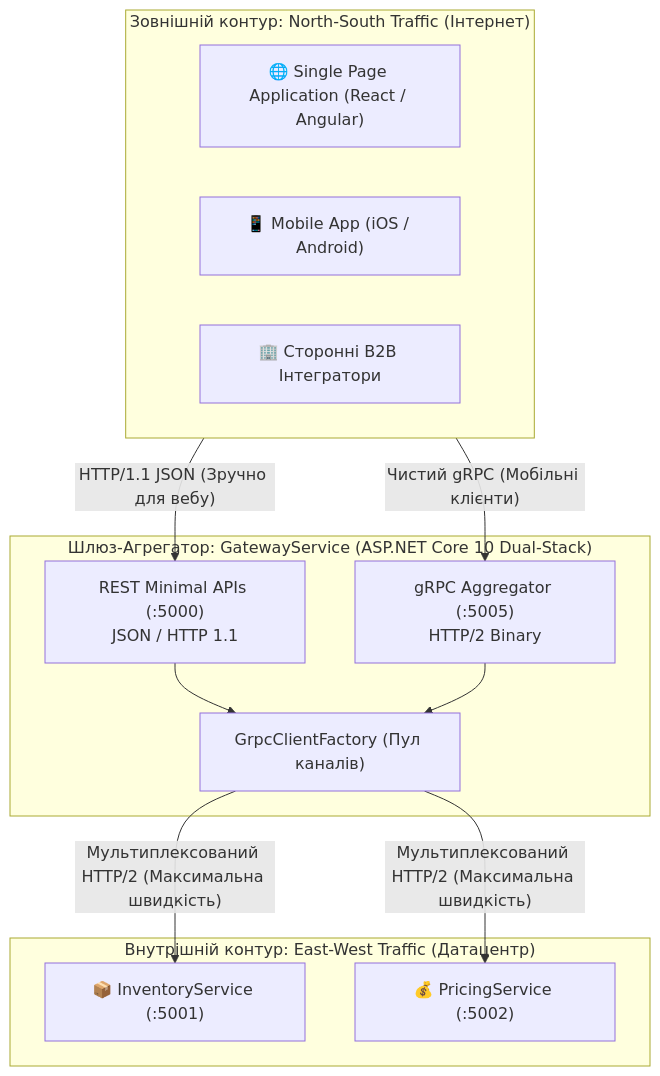
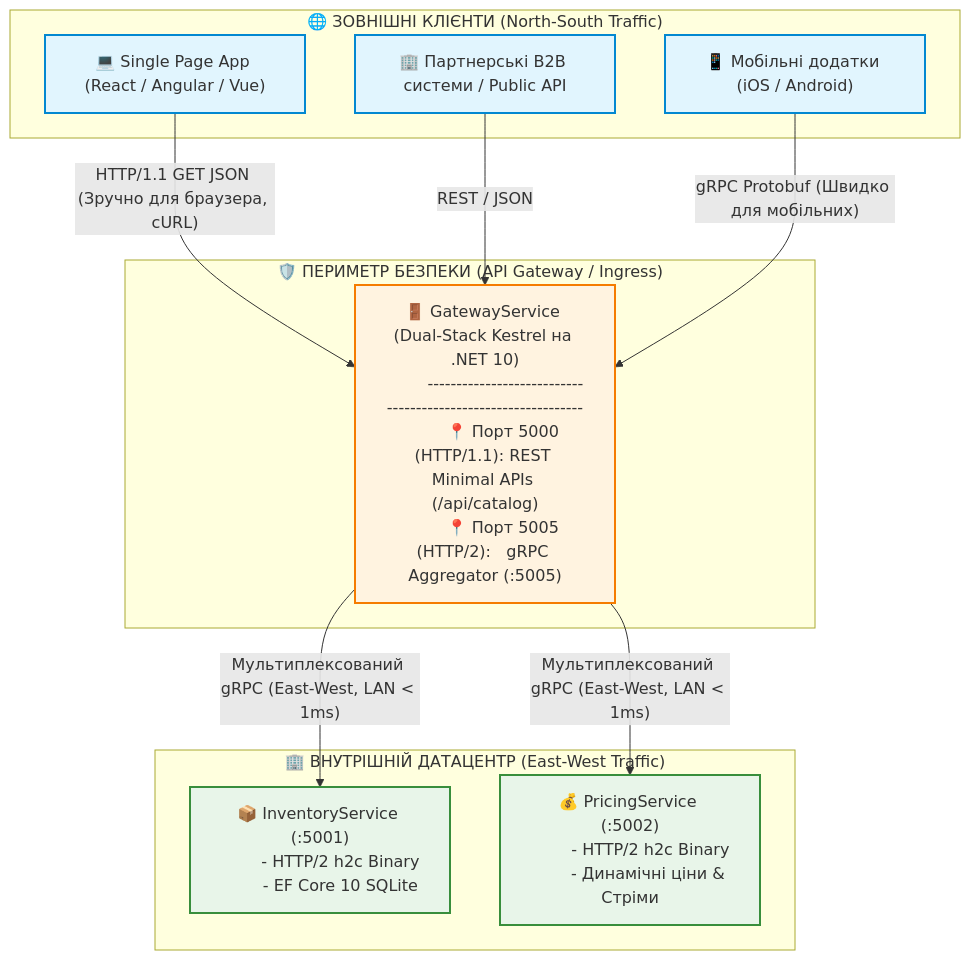
The second of 5 diagrams in docs/Mastery-04-REST-vs-gRPC-Hybrid.md (MrTomkaYurii/AspNet-gRPC-Mastery), drawn with Mermaid before and after one commit. The commit also changed other lines of this file and 1 other file, not shown here.

Commit message:
docs(guides): add comprehensive diagrams, latency waterfalls, and line-by-line pedagogical code walkthroughs for REST vs gRPC and Aggregator Pattern

````diff
--- a/docs/Mastery-04-REST-vs-gRPC-Hybrid.md
+++ b/docs/Mastery-04-REST-vs-gRPC-Hybrid.md
@@ -47,28 +119,39 @@
 ```mermaid
 flowchart TD
-    subgraph NorthSouthZone ["Зовнішній контур: North-South Traffic (Інтернет)"]
-        Browser["🌐 Single Page Application (React / Angular)"]
-        Mobile["📱 Mobile App (iOS / Android)"]
-        PublicAPI["🏢 Сторонні B2B Інтегратори"]
+    subgraph InternetClients ["🌐 ЗОВНІШНІ КЛІЄНТИ (North-South Traffic)"]
+        SPA["💻 Single Page App (React / Angular / Vue)"]
+        Mobile["📱 Мобільні додатки (iOS / Android)"]
+        ThirdParty["🏢 Партнерські B2B системи / Public API"]
     end
 
-    subgraph GatewayNode ["Шлюз-Агрегатор: GatewayService (ASP.NET Core 10 Dual-Stack)"]
-        RestEngine["REST Minimal APIs (:5000)
-JSON / HTTP 1.1"]
-        GrpcEngine["gRPC Aggregator (:5005)
-HTTP/2 Binary"]
-        ClientFactory["GrpcClientFactory (Пул каналів)"]
+    subgraph EdgeBoundary ["🛡️ ПЕРИМЕТР БЕЗПЕКИ (API Gateway / Ingress)"]
+        KestrelGateway["🚪 GatewayService (Dual-Stack Kestrel на .NET 10)
+        -------------------------------------------------------------
+        📍 Порт 5000 (HTTP/1.1): REST Minimal APIs (/api/catalog)
+        📍 Порт 5005 (HTTP/2):   gRPC Aggregator (:5005)"]
     end
 
-    subgraph EastWestZone ["Внутрішній контур: East-West Traffic (Датацентр)"]
-        InventoryService["📦 InventoryService (:5001)"]
-        PricingService["💰 PricingService (:5002)"]
+    subgraph InternalMesh ["🏢 ВНУТРІШНІЙ ДАТАЦЕНТР (East-West Traffic)"]
+        Inventory["📦 InventoryService (:5001)
+        - HTTP/2 h2c Binary
+        - EF Core 10 SQLite"]
+        Pricing["💰 PricingService (:5002)
+        - HTTP/2 h2c Binary
+        - Динамічні ціни & Стріми"]
     end
 
-    NorthSouthZone -->|"HTTP/1.1 JSON (Зручно для вебу)"| RestEngine
-    NorthSouthZone -->|"Чистий gRPC (Мобільні клієнти)"| GrpcEngine
-    RestEngine --> ClientFactory
-    GrpcEngine --> ClientFactory
-    ClientFactory -->|"Мультиплексований HTTP/2 (Максимальна швидкість)"| InventoryService
-    ClientFactory -->|"Мультиплексований HTTP/2 (Максимальна швидкість)"| PricingService
+    SPA -->|"HTTP/1.1 GET JSON (Зручно для браузера, cURL)"| KestrelGateway
+    ThirdParty -->|"REST / JSON"| KestrelGateway
+    Mobile -->|"gRPC Protobuf (Швидко для мобільних)"| KestrelGateway
+
+    KestrelGateway -->|"Мультиплексований gRPC (East-West, LAN < 1ms)"| Inventory
+    KestrelGateway -->|"Мультиплексований gRPC (East-West, LAN < 1ms)"| Pricing
+
+    classDef client fill:#e1f5fe,stroke:#0288d1,stroke-width:2px;
+    classDef gateway fill:#fff3e0,stroke:#f57c00,stroke-width:2px;
+    classDef mesh fill:#e8f5e9,stroke:#388e3c,stroke-width:2px;
+
+    class SPA,Mobile,ThirdParty client;
+    class KestrelGateway gateway;
+    class Inventory,Pricing mesh;
 ```
````
